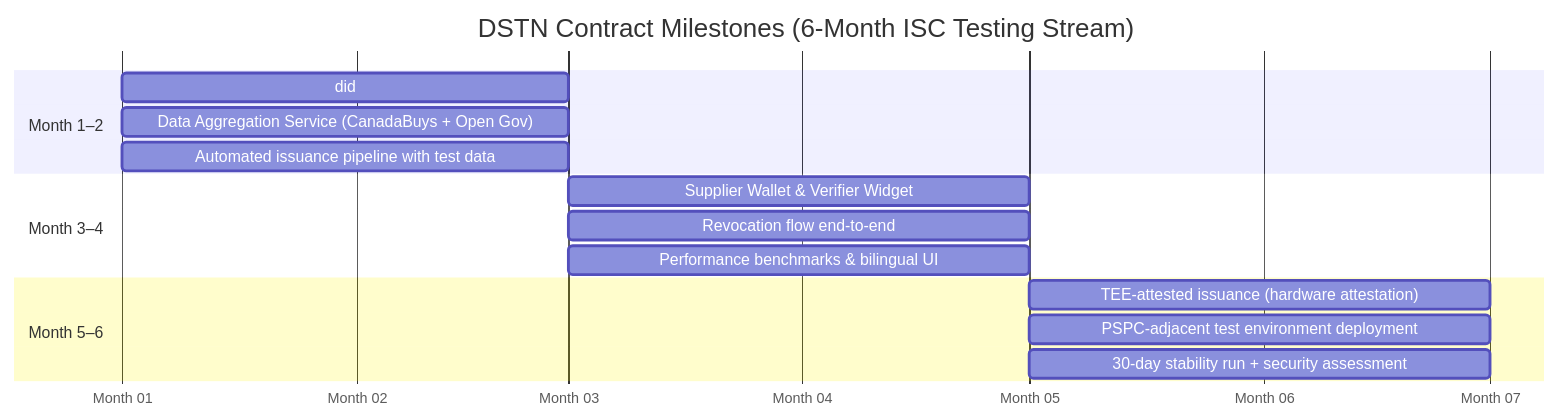
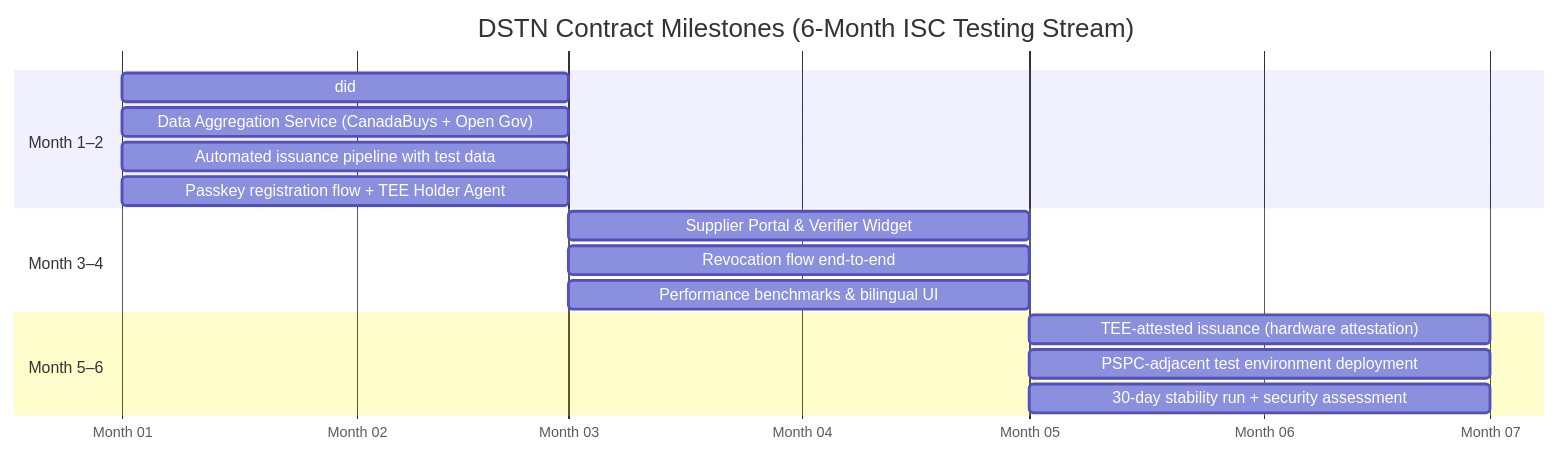
One commit to sirius-zuo/dstn changed the ninth of 9 diagrams in docs/superpowers/specs/2026-06-11-dstn-technical-proposal-design.md. Above: the diagram before and after it, drawn with Mermaid. The commit also changed other lines of this file and 1 other file, not shown here.

First line of the commit message:
Integrate passkey-gated TEE holder design into main technical proposal

````diff
--- a/docs/superpowers/specs/2026-06-11-dstn-technical-proposal-design.md
+++ b/docs/superpowers/specs/2026-06-11-dstn-technical-proposal-design.md
@@ -419,21 +550,22 @@
 ```mermaid
 gantt
     title DSTN Contract Milestones (6-Month ISC Testing Stream)
     dateFormat MM
     axisFormat Month %m
 
     section Month 1–2
     did:stratos DID spec → W3C submission          :m1, 01, 2M
     Data Aggregation Service (CanadaBuys + Open Gov):m2, 01, 2M
     Automated issuance pipeline with test data     :m3, 01, 2M
+    Passkey registration flow + TEE Holder Agent   :m4, 01, 2M
 
     section Month 3–4
-    Supplier Wallet & Verifier Widget              :m4, 03, 2M
-    Revocation flow end-to-end                     :m5, 03, 2M
-    Performance benchmarks & bilingual UI          :m6, 03, 2M
+    Supplier Portal & Verifier Widget              :m5, 03, 2M
+    Revocation flow end-to-end                     :m6, 03, 2M
+    Performance benchmarks & bilingual UI          :m7, 03, 2M
 
     section Month 5–6
-    TEE-attested issuance (hardware attestation)   :m7, 05, 2M
-    PSPC-adjacent test environment deployment      :m8, 05, 2M
-    30-day stability run + security assessment     :m9, 05, 2M
+    TEE-attested issuance (hardware attestation)   :m8, 05, 2M
+    PSPC-adjacent test environment deployment      :m9, 05, 2M
+    30-day stability run + security assessment     :m10, 05, 2M
 ```
````
